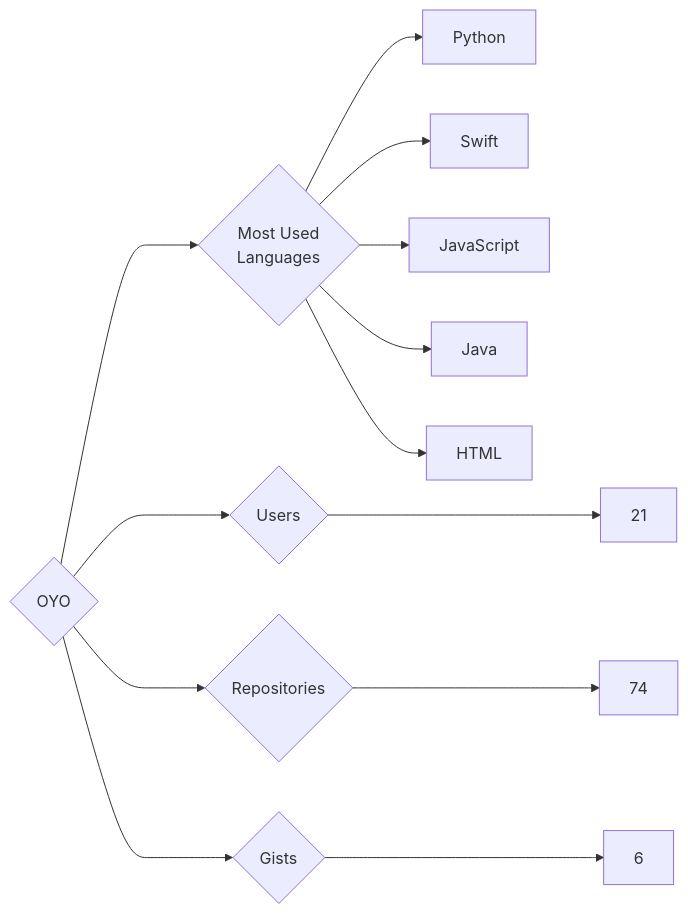
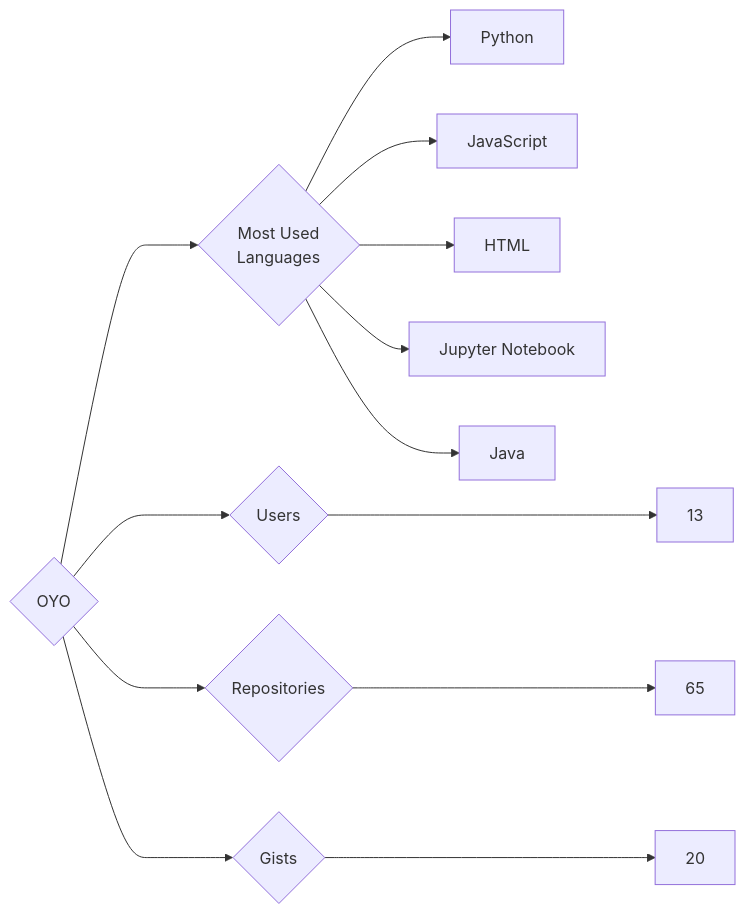
The diagram in targets/OYO/README.md (trickest/insiders), drawn with Mermaid before and after one commit. The commit also changed 939 other files, not shown here.

````diff
--- a/targets/OYO/README.md
+++ b/targets/OYO/README.md
@@ -3,13 +3,13 @@
 ```mermaid
 graph LR
 COMPANY_NAME{OYO}
-COMPANY_NAME ---> U{Users} ---> UN[21]
-COMPANY_NAME ---> R{Repositories} ---> RN[74]
-COMPANY_NAME ---> G{Gists} ---> GN[6]
+COMPANY_NAME ---> U{Users} ---> UN[13]
+COMPANY_NAME ---> R{Repositories} ---> RN[65]
+COMPANY_NAME ---> G{Gists} ---> GN[20]
 COMPANY_NAME ---> ML{Most Used<br>Languages}
 ML --> Python[Python]
-ML --> Swift[Swift]
 ML --> JavaScript[JavaScript]
+ML --> HTML[HTML]
+ML --> Jupyter_Notebook[Jupyter Notebook]
 ML --> Java[Java]
-ML --> HTML[HTML]
 ```
````
